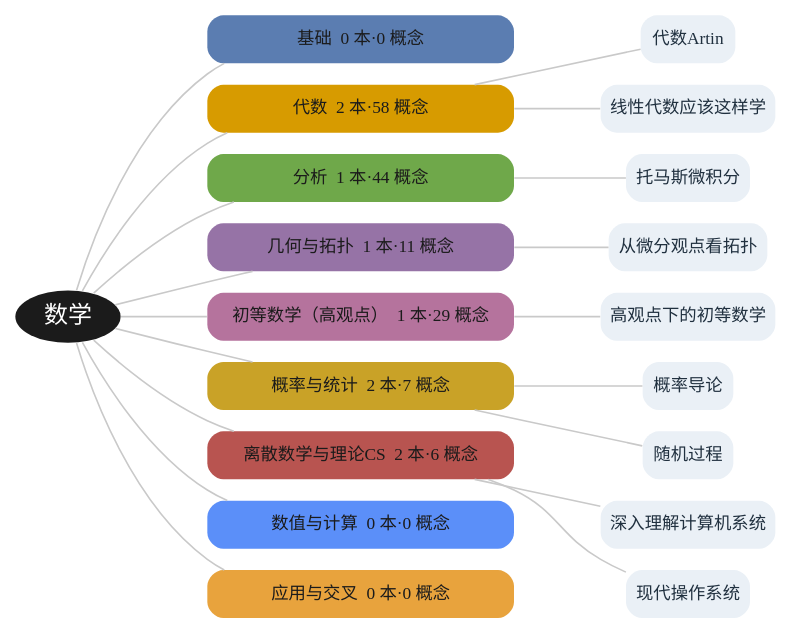
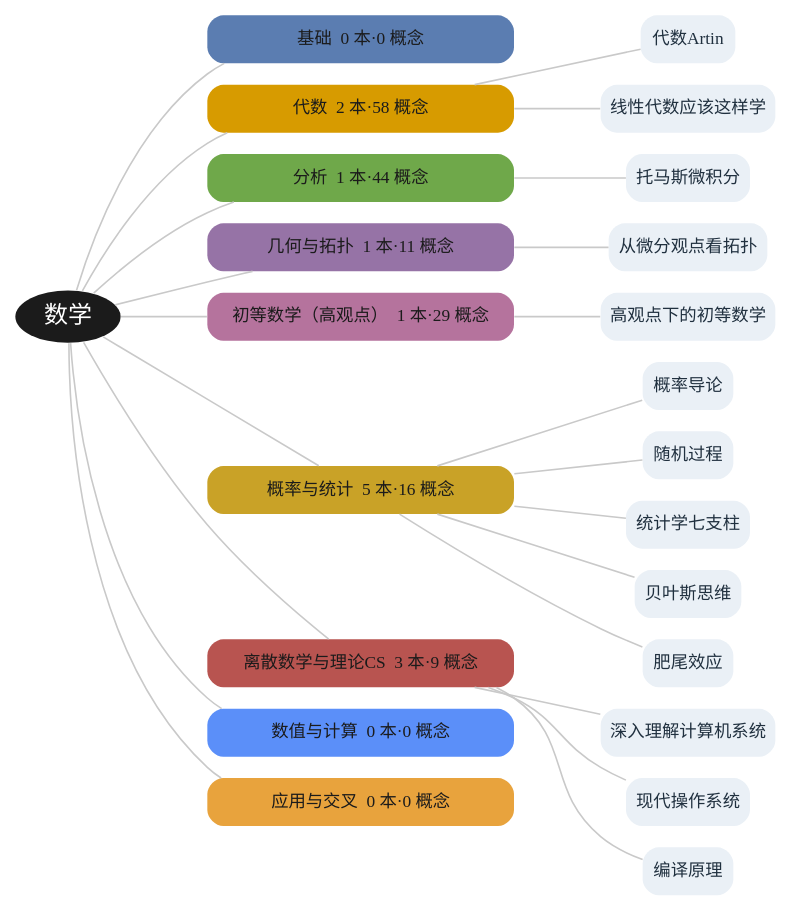
Before and after one commit to lyp0746/lyp-notes: the diagram in book/figures/fig-branches.dot, drawn with Graphviz. The commit also changed 48 other files, not shown here.

Commit message:
新增 4 本概率/计算机书籍(统计学七支柱/贝叶斯思维/肥尾效应/编译原理)：12 概念+8 实体+4 导读+2 跨书桥接；重建插图(13 书)与《数学地图》PDF(79 页)；更新索引与地图

```diff
--- a/book/figures/fig-branches.dot
+++ b/book/figures/fig-branches.dot
@@ -1,42 +1,50 @@
 digraph G {
   graph [bgcolor="white", rankdir=LR, nodesep=0.22, ranksep=0.9];
   node [shape=box, style="rounded,filled", penwidth=0, fontname="Microsoft YaHei", fontsize=13];
   edge [color="#C9C9C9", arrowhead=none, penwidth=1.2];
   MATH [label="数学", shape=ellipse, fillcolor="#1B1B1B", fontcolor="white", fontsize=18, width=1.1];
   b_base [label="基础  0 本·0 概念", fillcolor="#5B7DB1", fontcolor="#1B1B1B", width=3.2];
   MATH -> b_base;
   b_alg [label="代数  2 本·58 概念", fillcolor="#D79B00", fontcolor="#1B1B1B", width=3.2];
   MATH -> b_alg;
   b_ana [label="分析  1 本·44 概念", fillcolor="#6FA84A", fontcolor="#1B1B1B", width=3.2];
   MATH -> b_ana;
   b_geo [label="几何与拓扑  1 本·11 概念", fillcolor="#9673A6", fontcolor="#1B1B1B", width=3.2];
   MATH -> b_geo;
   b_elem [label="初等数学（高观点）  1 本·29 概念", fillcolor="#B5739D", fontcolor="#1B1B1B", width=3.2];
   MATH -> b_elem;
-  b_prob [label="概率与统计  2 本·7 概念", fillcolor="#C9A227", fontcolor="#1B1B1B", width=3.2];
+  b_prob [label="概率与统计  5 本·16 概念", fillcolor="#C9A227", fontcolor="#1B1B1B", width=3.2];
   MATH -> b_prob;
-  b_disc [label="离散数学与理论CS  2 本·6 概念", fillcolor="#B85450", fontcolor="#1B1B1B", width=3.2];
+  b_disc [label="离散数学与理论CS  3 本·9 概念", fillcolor="#B85450", fontcolor="#1B1B1B", width=3.2];
   MATH -> b_disc;
   b_num [label="数值与计算  0 本·0 概念", fillcolor="#5B8FF9", fontcolor="#1B1B1B", width=3.2];
   MATH -> b_num;
   b_app [label="应用与交叉  0 本·0 概念", fillcolor="#E8A33D", fontcolor="#1B1B1B", width=3.2];
   MATH -> b_app;
   bk_AT [label="代数Artin", fillcolor="#EAF0F6", fontcolor="#20303F"];
   b_alg -> bk_AT;
   bk_LA [label="线性代数应该这样学", fillcolor="#EAF0F6", fontcolor="#20303F"];
   b_alg -> bk_LA;
   bk_CA [label="托马斯微积分", fillcolor="#EAF0F6", fontcolor="#20303F"];
   b_ana -> bk_CA;
   bk_DT [label="从微分观点看拓扑", fillcolor="#EAF0F6", fontcolor="#20303F"];
   b_geo -> bk_DT;
   bk_KG [label="高观点下的初等数学", fillcolor="#EAF0F6", fontcolor="#20303F"];
   b_elem -> bk_KG;
   bk_PD [label="概率导论", fillcolor="#EAF0F6", fontcolor="#20303F"];
   b_prob -> bk_PD;
   bk_SP [label="随机过程", fillcolor="#EAF0F6", fontcolor="#20303F"];
   b_prob -> bk_SP;
+  bk_SS [label="统计学七支柱", fillcolor="#EAF0F6", fontcolor="#20303F"];
+  b_prob -> bk_SS;
+  bk_BT [label="贝叶斯思维", fillcolor="#EAF0F6", fontcolor="#20303F"];
+  b_prob -> bk_BT;
+  bk_FT [label="肥尾效应", fillcolor="#EAF0F6", fontcolor="#20303F"];
+  b_prob -> bk_FT;
   bk_CSAPP [label="深入理解计算机系统", fillcolor="#EAF0F6", fontcolor="#20303F"];
   b_disc -> bk_CSAPP;
   bk_MOS [label="现代操作系统", fillcolor="#EAF0F6", fontcolor="#20303F"];
   b_disc -> bk_MOS;
+  bk_CP [label="编译原理", fillcolor="#EAF0F6", fontcolor="#20303F"];
+  b_disc -> bk_CP;
 }
```
